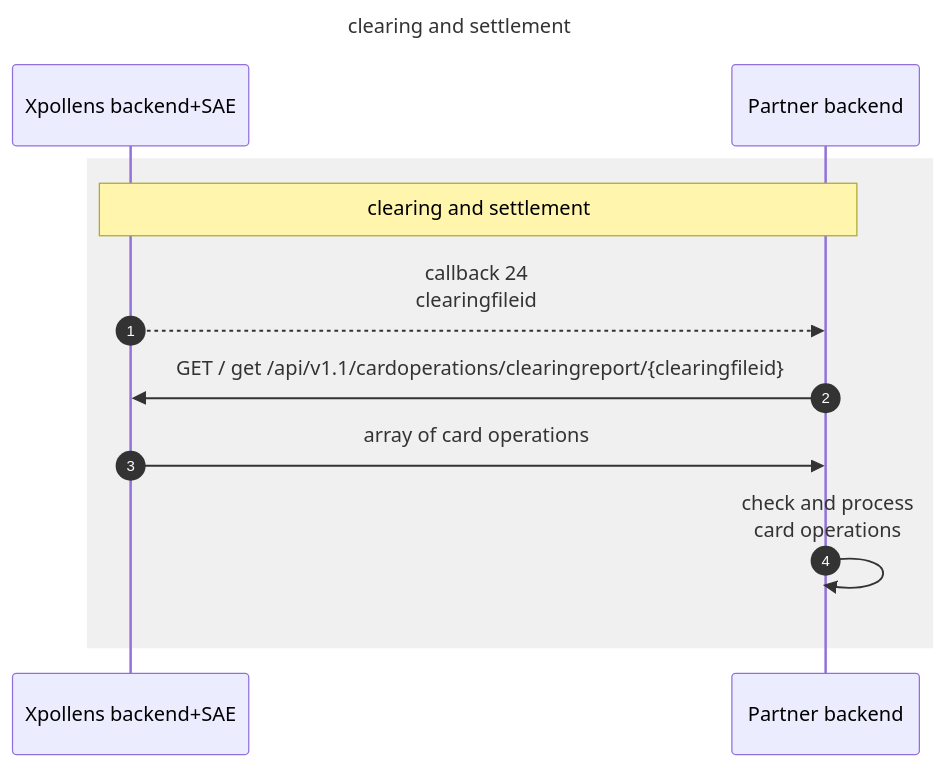
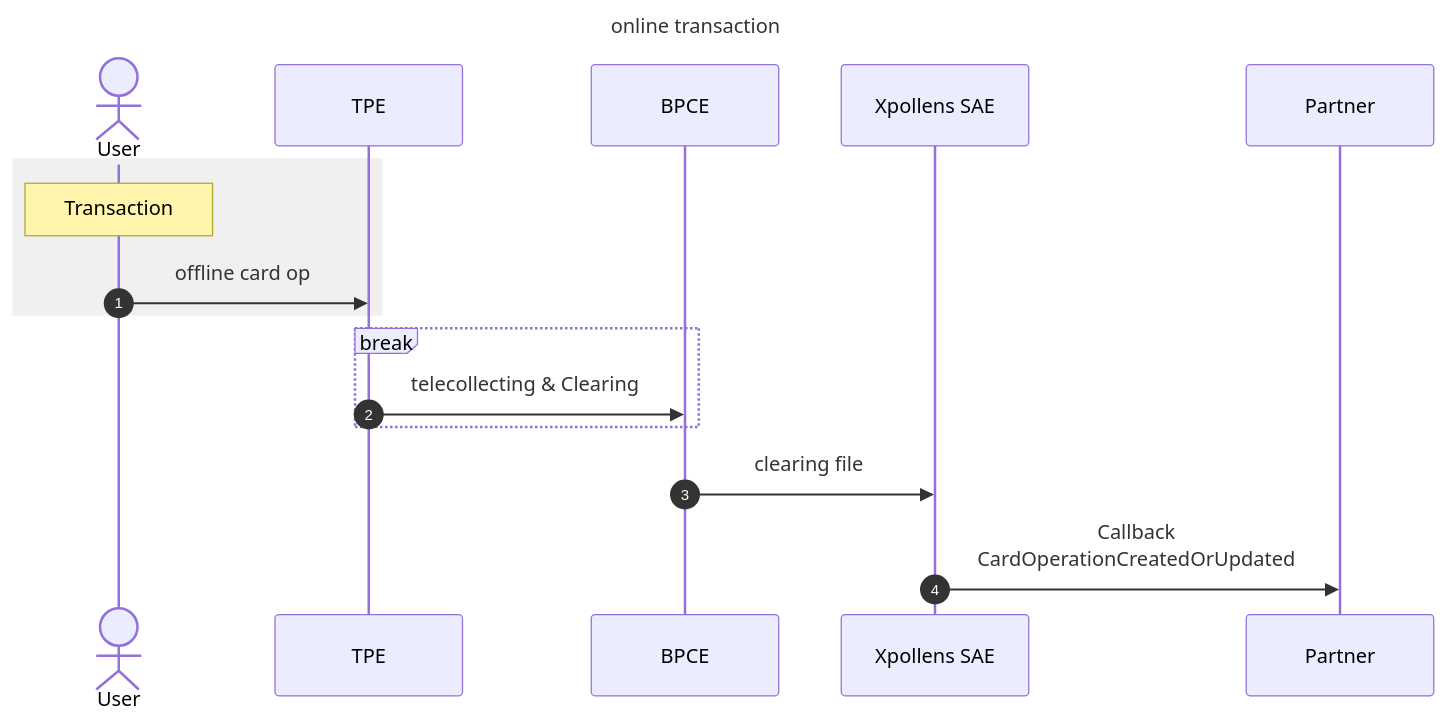
Before and after one commit to pomme-clic/s-money-documentation: the third of 3 diagrams in docs/usecases/cards/operations/CardsOperations.md, drawn with Mermaid. The commit also changed other lines of this file, not shown here.

````diff
--- a/docs/usecases/cards/operations/CardsOperations.md
+++ b/docs/usecases/cards/operations/CardsOperations.md
@@ -268,17 +88,22 @@
 ```mermaid
 sequenceDiagram
-title: clearing and settlement
+title: online transaction
 autonumber
-#participant u as User
-#participant t as TPE
-participant xb as Xpollens backend+SAE
-participant pb as Partner backend
+Actor User
+participant TPE
+participant BPCE
+participant Xpollens SAE
+participant Partner
 #participant ua as Partner application
 rect rgb(240,240, 240)
-		Note over xb,pb: clearing and settlement
-		xb -->> pb: callback 24<br/>clearingfileid
-		pb ->> xb: GET /  get /api/v1.1/cardoperations/clearingreport/{clearingfileid} 
-		xb ->> pb: array of card operations
-		pb ->> pb: check and process<br/>card operations
+        Note over User: Transaction
+        User ->> TPE: offline card op
+
 end
+
+break
+    TPE ->> BPCE: telecollecting & Clearing
+end
+BPCE ->> Xpollens SAE: clearing file
+Xpollens SAE ->> Partner:  Callback <br/>  CardOperationCreatedOrUpdated
 ```
````
